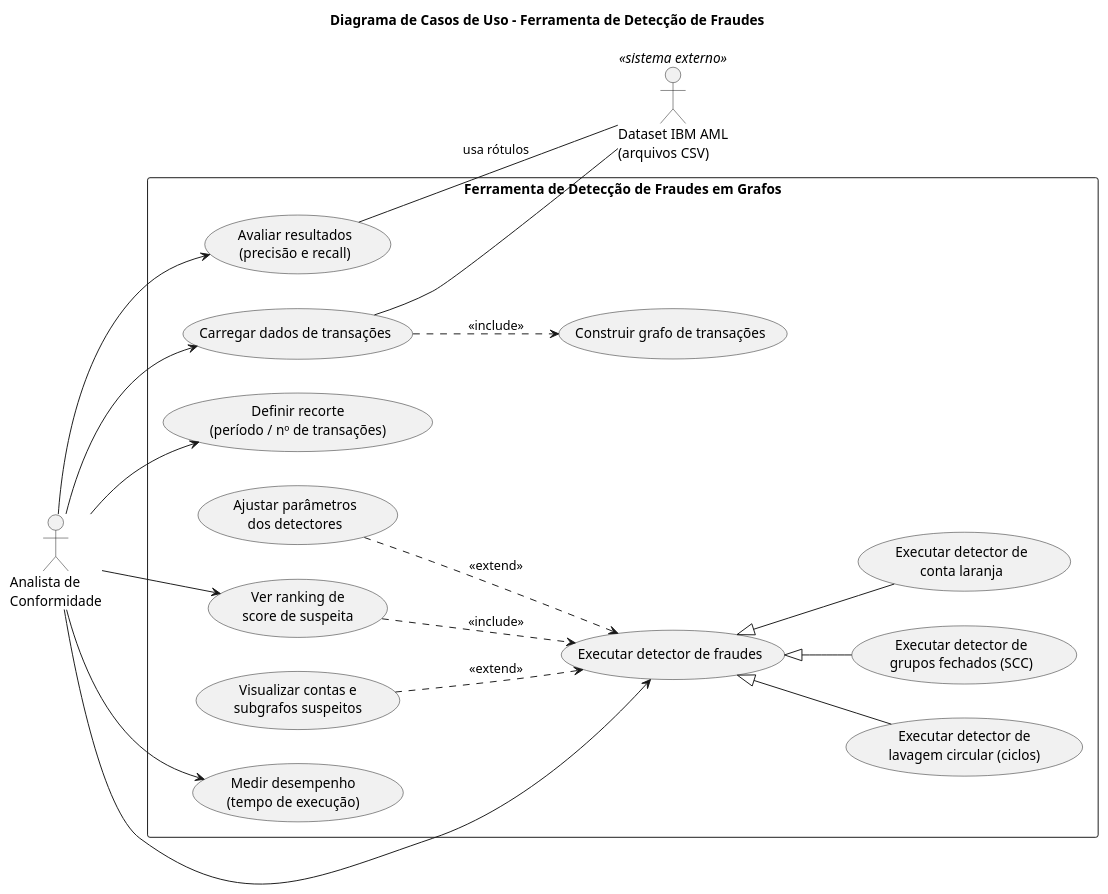
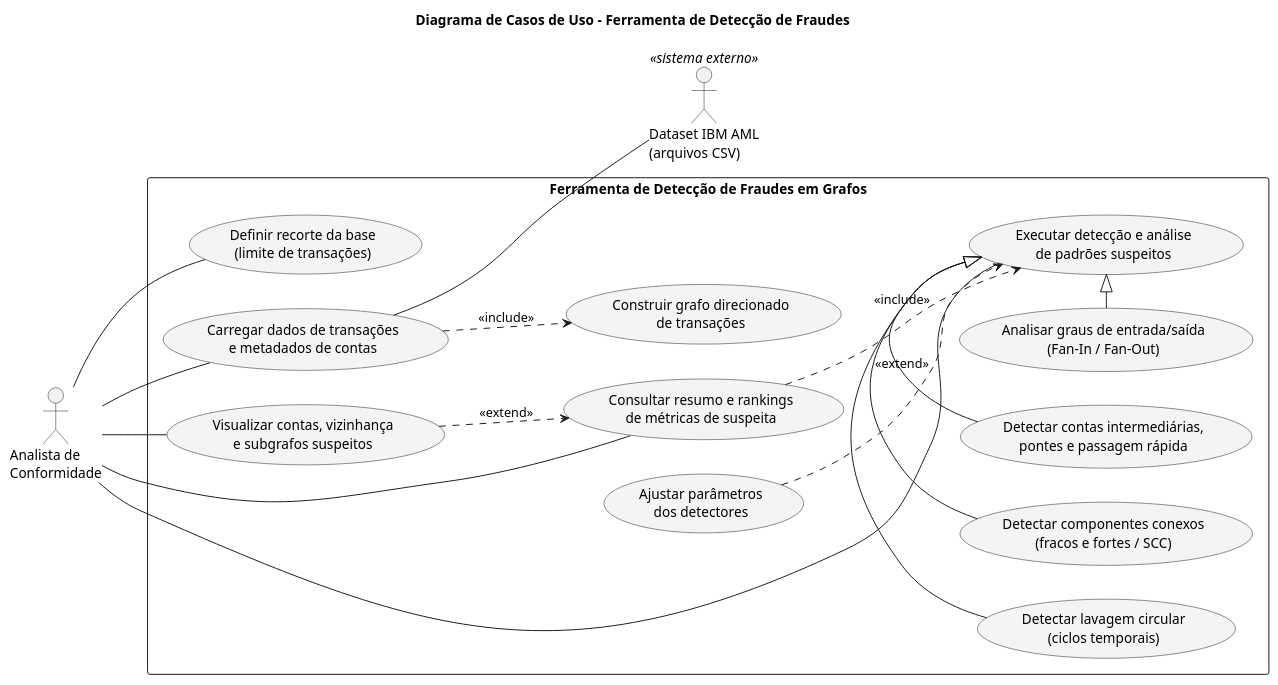
The diagram in artefatos/02_casos_de_uso.puml (MatheusRuas77/Trabalho-Pratico-Grafos), drawn with PlantUML before and after one commit. The commit also changed 1 other file, not shown here.

Commit message:
Ajuste Diagrama de caso de uso

```diff
--- a/artefatos/02_casos_de_uso.puml
+++ b/artefatos/02_casos_de_uso.puml
@@ -1,46 +1,44 @@
 @startuml
 title Diagrama de Casos de Uso - Ferramenta de Detecção de Fraudes
 left to right direction
 skinparam shadowing false
 skinparam packageStyle rectangle
+skinparam usecaseBackgroundColor #F4F4F4
 
 actor "Analista de\nConformidade" as Analista
 actor "Dataset IBM AML\n(arquivos CSV)" as Dataset <<sistema externo>>
 
 rectangle "Ferramenta de Detecção de Fraudes em Grafos" {
-  usecase "Carregar dados de transações" as UC1
-  usecase "Definir recorte\n(período / nº de transações)" as UC2
-  usecase "Construir grafo de transações" as UC3
-  
-  usecase "Executar detector de fraudes" as UC_Base
-  usecase "Executar detector de\nlavagem circular (ciclos)" as UC4
-  usecase "Executar detector de\ngrupos fechados (SCC)" as UC5
-  usecase "Executar detector de\nconta laranja" as UC6
-  
-  usecase "Ajustar parâmetros\ndos detectores" as UC7
-  usecase "Visualizar contas e\nsubgrafos suspeitos" as UC8
-  usecase "Ver ranking de\nscore de suspeita" as UC9
-  usecase "Avaliar resultados\n(precisão e recall)" as UC10
-  usecase "Medir desempenho\n(tempo de execução)" as UC11
+  usecase "Carregar dados de transações\ne metadados de contas" as UC_Carregar
+  usecase "Construir grafo direcionado\nde transações" as UC_Grafo
+  usecase "Definir recorte da base\n(limite de transações)" as UC_Recorte
+
+  usecase "Executar detecção e análise\nde padrões suspeitos" as UC_Executar
+  usecase "Detectar contas intermediárias,\npontes e passagem rápida" as UC_Laranja
+  usecase "Detectar componentes conexos\n(fracos e fortes / SCC)" as UC_SCC
+  usecase "Detectar lavagem circular\n(ciclos temporais)" as UC_Ciclos
+  usecase "Analisar graus de entrada/saída\n(Fan-In / Fan-Out)" as UC_Graus
+
+  usecase "Ajustar parâmetros\ndos detectores" as UC_Params
+  usecase "Consultar resumo e rankings\nde métricas de suspeita" as UC_Rankings
+  usecase "Visualizar contas, vizinhança\ne subgrafos suspeitos" as UC_Visualizar
 }
 
-Analista --> UC1
-Analista --> UC2
-Analista --> UC_Base
-Analista --> UC9
-Analista --> UC10
-Analista --> UC11
+Analista -- UC_Carregar
+Analista -- UC_Recorte
+Analista -- UC_Executar
+Analista -- UC_Rankings
+Analista -- UC_Visualizar
 
-UC_Base <|-- UC4
-UC_Base <|-- UC5
-UC_Base <|-- UC6
+UC_Carregar -- Dataset
 
-UC1 ..> UC3 : <<include>>
-UC9 ..> UC_Base : <<include>>
+UC_Carregar ..> UC_Grafo : <<include>>
+UC_Rankings ..> UC_Executar : <<include>>
+UC_Params ..> UC_Executar : <<extend>>
+UC_Visualizar ..> UC_Rankings : <<extend>>
 
-UC7 ..> UC_Base : <<extend>>
-UC8 ..> UC_Base : <<extend>>
-
-UC1 -- Dataset
-UC10 -- Dataset : usa rótulos
+UC_Laranja -|> UC_Executar
+UC_SCC -|> UC_Executar
+UC_Ciclos -|> UC_Executar
+UC_Graus -|> UC_Executar
 @enduml
```
